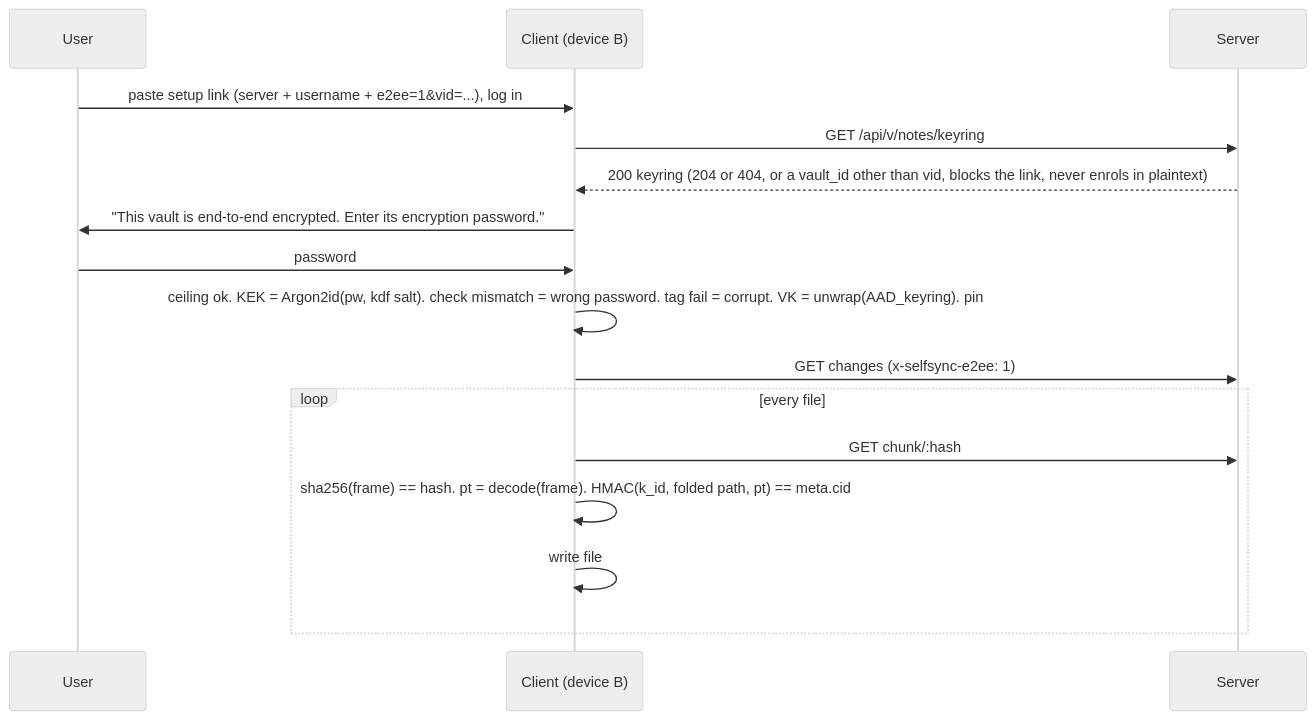
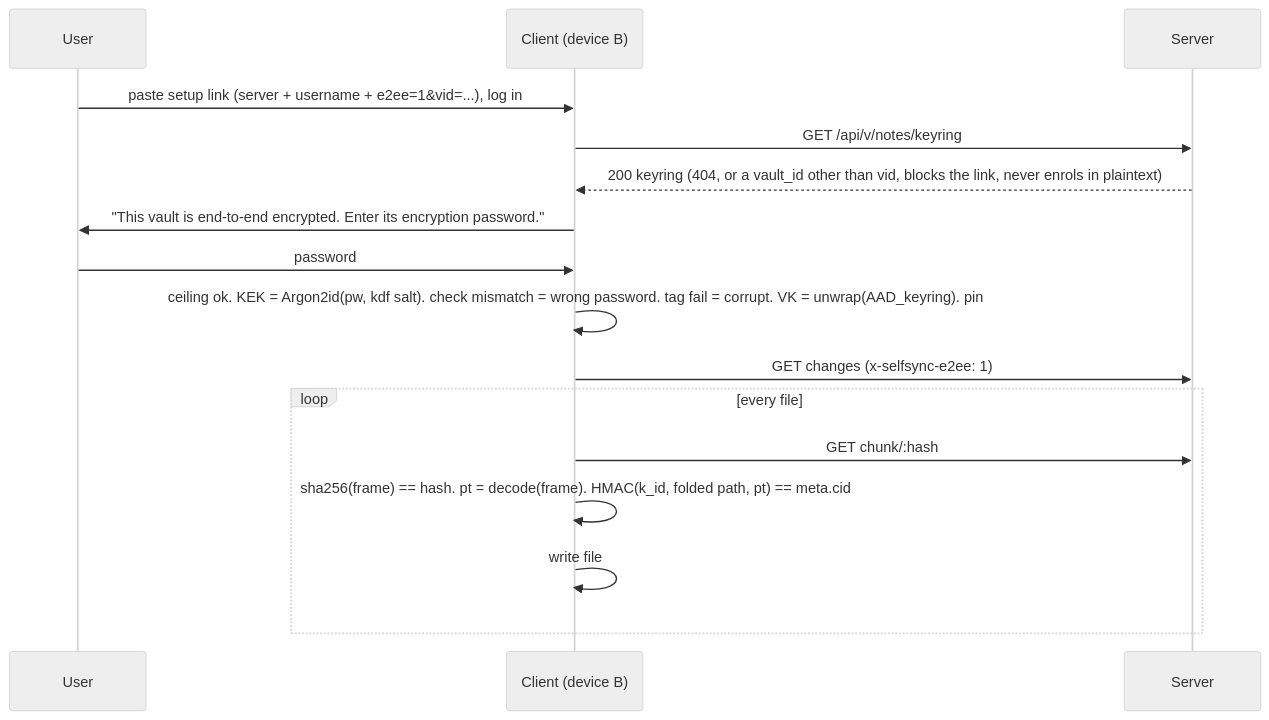
One commit to williamweatherholtz/obsidian-selfsync changed the third of 4 diagrams in docs/design/specs/2026-11-10-e2ee-design.md. Above: the diagram before and after it, drawn with Mermaid (neutral theme). The commit also changed other lines of this file and 12 other files, not shown here.

````diff
--- a/docs/design/specs/2026-11-10-e2ee-design.md
+++ b/docs/design/specs/2026-11-10-e2ee-design.md
@@ -511,18 +543,18 @@
 ```mermaid
 sequenceDiagram
     participant U as User
     participant B as Client (device B)
     participant S as Server
     U->>B: paste setup link (server + username + e2ee=1&vid=...), log in
     B->>S: GET /api/v/notes/keyring
-    S-->>B: 200 keyring (204 or 404, or a vault_id other than vid, blocks the link, never enrols in plaintext)
+    S-->>B: 200 keyring (404, or a vault_id other than vid, blocks the link, never enrols in plaintext)
     B->>U: "This vault is end-to-end encrypted. Enter its encryption password."
     U->>B: password
     B->>B: ceiling ok. KEK = Argon2id(pw, kdf salt). check mismatch = wrong password. tag fail = corrupt. VK = unwrap(AAD_keyring). pin
     B->>S: GET changes (x-selfsync-e2ee: 1)
     loop every file
         B->>S: GET chunk/:hash
         B->>B: sha256(frame) == hash. pt = decode(frame). HMAC(k_id, folded path, pt) == meta.cid
         B->>B: write file
     end
 ```
````
